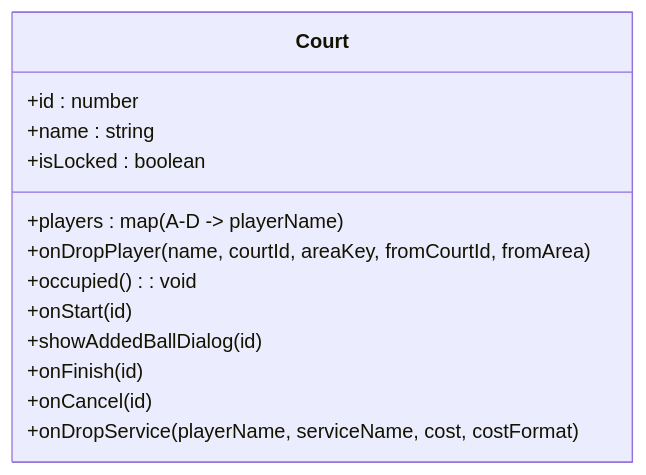
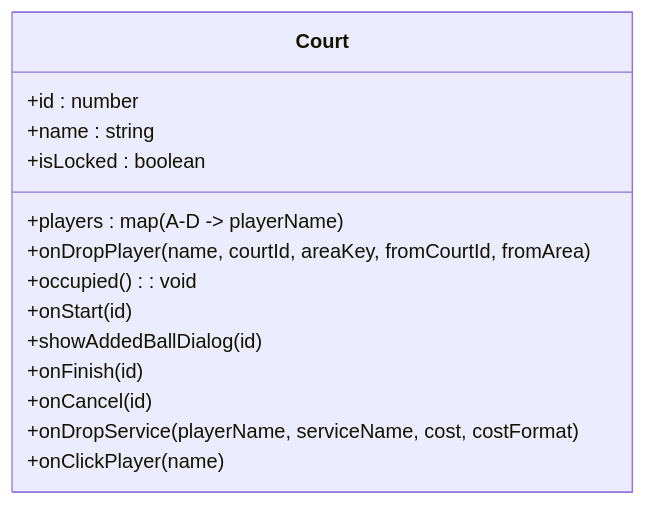
One commit to Vissel/badminton-court-management changed the eighth of 12 diagrams in .qoder/repowiki/en/content/Court Management Interface.md. Above: the diagram before and after it, drawn with Mermaid. The commit also changed other lines of this file and 36 other files, not shown here.

````diff
--- a/.qoder/repowiki/en/content/Court Management Interface.md
+++ b/.qoder/repowiki/en/content/Court Management Interface.md
@@ -262,16 +304,17 @@
 ```mermaid
 classDiagram
 class Court {
 +id : number
 +name : string
 +players : map(A-D -> playerName)
 +onDropPlayer(name, courtId, areaKey, fromCourtId, fromArea)
 +occupied() : void
 +isLocked : boolean
 +onStart(id)
 +showAddedBallDialog(id)
 +onFinish(id)
 +onCancel(id)
 +onDropService(playerName, serviceName, cost, costFormat)
++onClickPlayer(name)
 }
 ```
````
